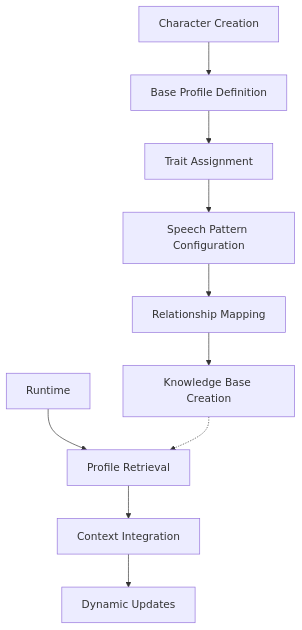
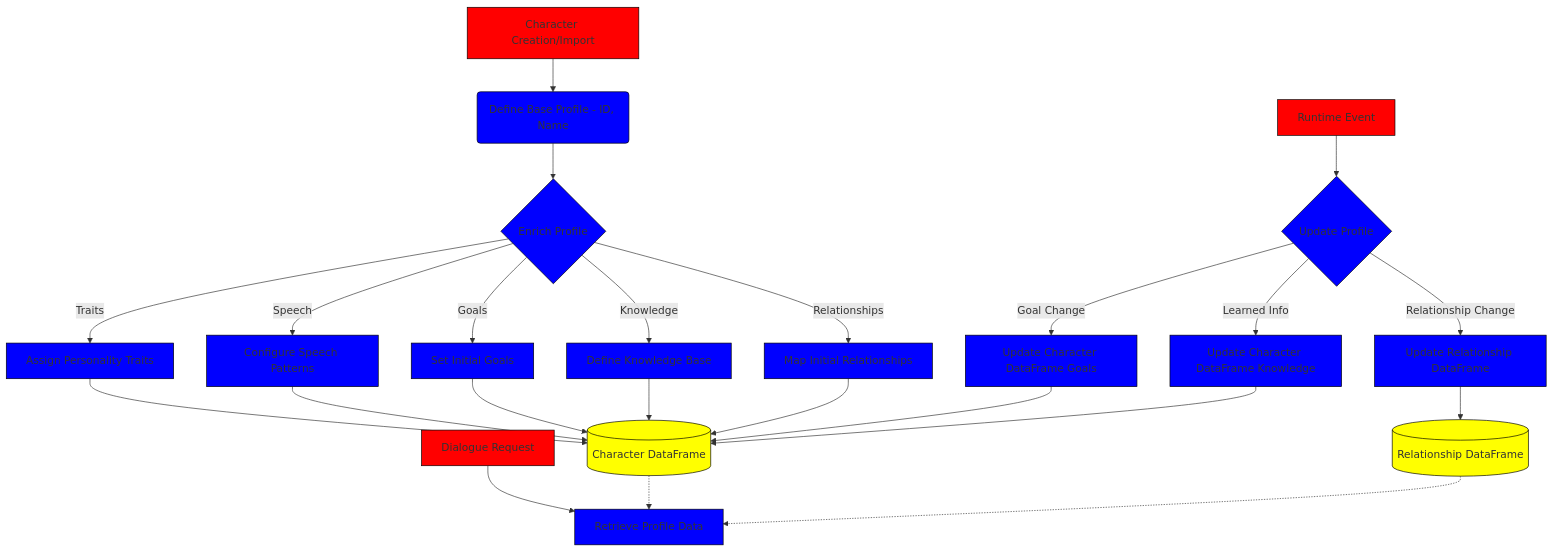
One commit to NaXzyu/StoryTeller changed diagram 14 of 23 in docs/Specification.md. Above: the diagram before and after it, drawn with Mermaid. The commit also changed other lines of this file and 5 other files, not shown here.

````diff
--- a/docs/Specification.md
+++ b/docs/Specification.md
@@ -297,14 +1097,30 @@
 ```mermaid
 flowchart TD
-    A[Character Creation] --> B[Base Profile Definition]
-    B --> C[Trait Assignment]
-    C --> D[Speech Pattern Configuration]
-    D --> E[Relationship Mapping]
-    E --> F[Knowledge Base Creation]
+    A[Character Creation/Import] --> B(Define Base Profile - ID, Name)
+    B --> C{Enrich Profile}
+    C -- Traits --> D[Assign Personality Traits]
+    C -- Speech --> E[Configure Speech Patterns]
+    C -- Goals --> F[Set Initial Goals]
+    C -- Knowledge --> G[Define Knowledge Base]
+    C -- Relationships --> H[Map Initial Relationships]
     
-    G[Runtime] --> H[Profile Retrieval]
-    H --> I[Context Integration]
-    I --> J[Dynamic Updates]
+    I[Runtime Event] --> J{Update Profile}
+    J -- Relationship Change --> K[Update Relationship DataFrame]
+    J -- Goal Change --> L[Update Character DataFrame Goals]
+    J -- Learned Info --> M[Update Character DataFrame Knowledge]
+
+    N[Dialogue Request] --> O[Retrieve Profile Data]
     
-    F -.-> H
+    D & E & F & G & H --> P[(Character DataFrame)]
+    K --> Q[(Relationship DataFrame)]
+    L & M --> P
+    P & Q -.-> O
+    
+    classDef action fill:#FF0000,stroke:#000000,stroke-width:1px
+    classDef process fill:#0000FF,stroke:#000000,stroke-width:1px
+    classDef data fill:#FFFF00,stroke:#000000,stroke-width:1px
+    
+    class A,I,N action
+    class B,C,D,E,F,G,H,J,K,L,M,O process
+    class P,Q data
 ```
````
